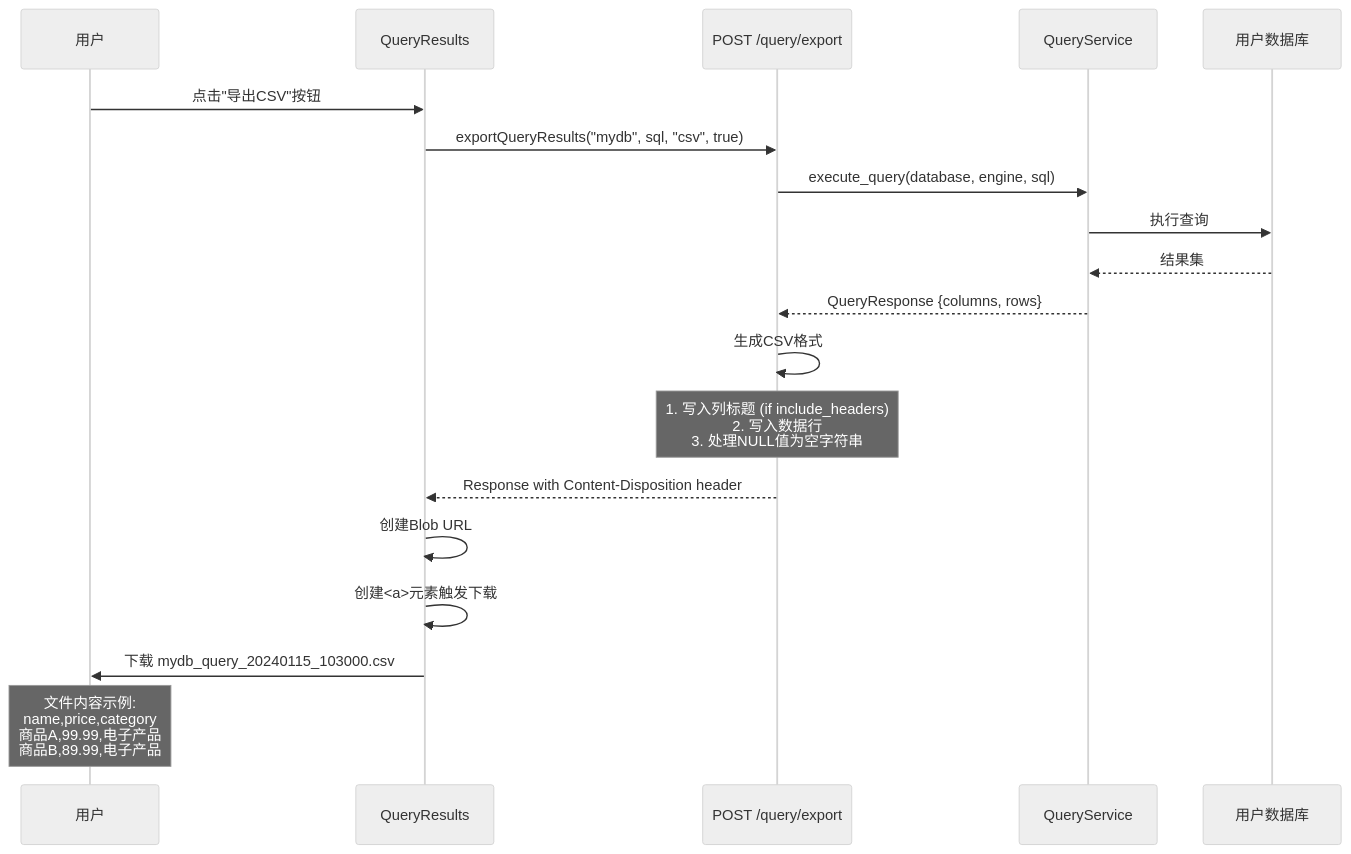
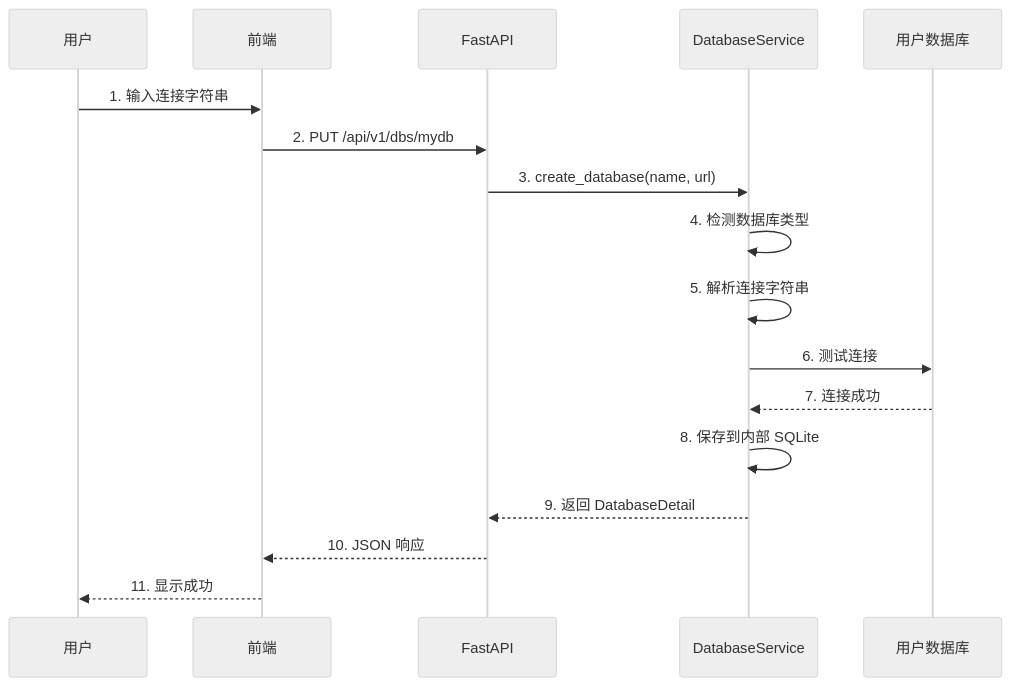
Diagram 12 of 13 in project/db_query/README.md (kangapp/AI), drawn with Mermaid (neutral theme) before and after one commit. The commit also changed other lines of this file and 1 other file, not shown here.

````diff
--- a/project/db_query/README.md
+++ b/project/db_query/README.md
@@ -1740,27 +2267,20 @@
 ```mermaid
 sequenceDiagram
-    participant User as 用户
-    participant Frontend as QueryResults
-    participant API as POST /query/export
-    participant QuerySVC as QueryService
+    participant U as 用户
+    participant F as 前端
+    participant A as FastAPI
+    participant D as DatabaseService
     participant DB as 用户数据库
 
-    User->>Frontend: 点击"导出CSV"按钮
-    Frontend->>API: exportQueryResults("mydb", sql, "csv", true)
-
-    API->>QuerySVC: execute_query(database, engine, sql)
-    QuerySVC->>DB: 执行查询
-    DB-->>QuerySVC: 结果集
-    QuerySVC-->>API: QueryResponse {columns, rows}
-
-    API->>API: 生成CSV格式
-    Note over API: 1. 写入列标题 (if include_headers)<br/>2. 写入数据行<br/>3. 处理NULL值为空字符串
-
-    API-->>Frontend: Response with Content-Disposition header
-
-    Frontend->>Frontend: 创建Blob URL
-    Frontend->>Frontend: 创建<a>元素触发下载
-    Frontend->>User: 下载 mydb_query_20240115_103000.csv
-
-    Note over User: 文件内容示例:<br/>name,price,category<br/>商品A,99.99,电子产品<br/>商品B,89.99,电子产品
+    U->>F: 1. 输入连接字符串
+    F->>A: 2. PUT /api/v1/dbs/mydb
+    A->>D: 3. create_database(name, url)
+    D->>D: 4. 检测数据库类型
+    D->>D: 5. 解析连接字符串
+    D->>DB: 6. 测试连接
+    DB-->>D: 7. 连接成功
+    D->>D: 8. 保存到内部 SQLite
+    D-->>A: 9. 返回 DatabaseDetail
+    A-->>F: 10. JSON 响应
+    F-->>U: 11. 显示成功
 ```
````
